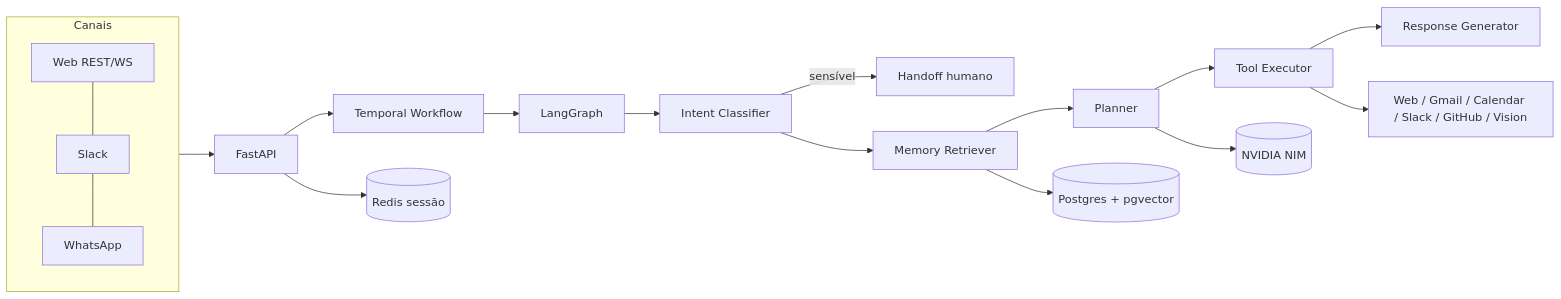
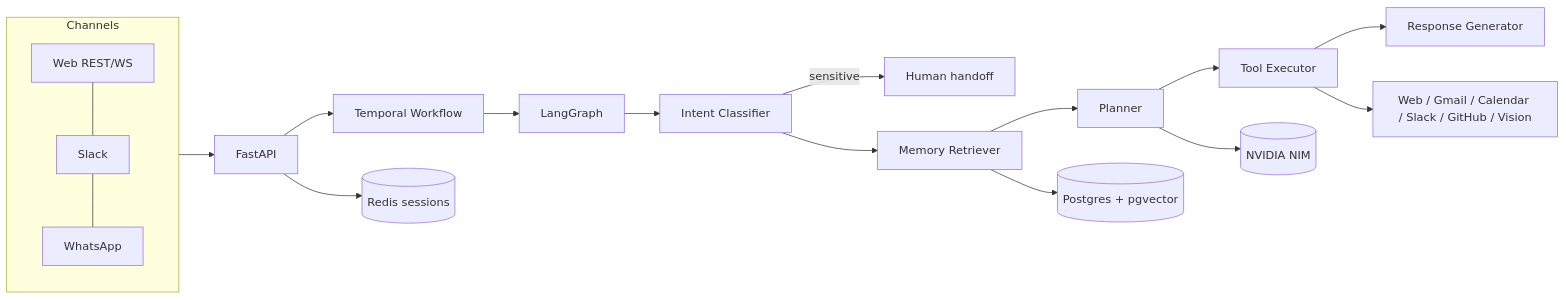
The diagram in docs/architecture.md (CaioSouzx00/ai-agent-24-7), drawn with Mermaid before and after one commit. The commit also changed other lines of this file and 20 other files, not shown here.

````diff
--- a/docs/architecture.md
+++ b/docs/architecture.md
@@ -3,19 +3,19 @@
 ```mermaid
 flowchart LR
-    subgraph Canais
+    subgraph Channels
         W[Web REST/WS] --- S[Slack] --- WA[WhatsApp]
     end
-    Canais --> API[FastAPI]
+    Channels --> API[FastAPI]
     API --> T[Temporal Workflow]
     T --> G[LangGraph]
     G --> IC[Intent Classifier]
-    IC -->|sensível| H[Handoff humano]
+    IC -->|sensitive| H[Human handoff]
     IC --> MR[Memory Retriever]
     MR --> P[Planner]
     P --> TE[Tool Executor]
     TE --> RG[Response Generator]
     P --> LLM[(NVIDIA NIM)]
     MR --> PG[(Postgres + pgvector)]
-    API --> R[(Redis sessão)]
+    API --> R[(Redis sessions)]
     TE --> Tools[Web / Gmail / Calendar / Slack / GitHub / Vision]
 ```
````
